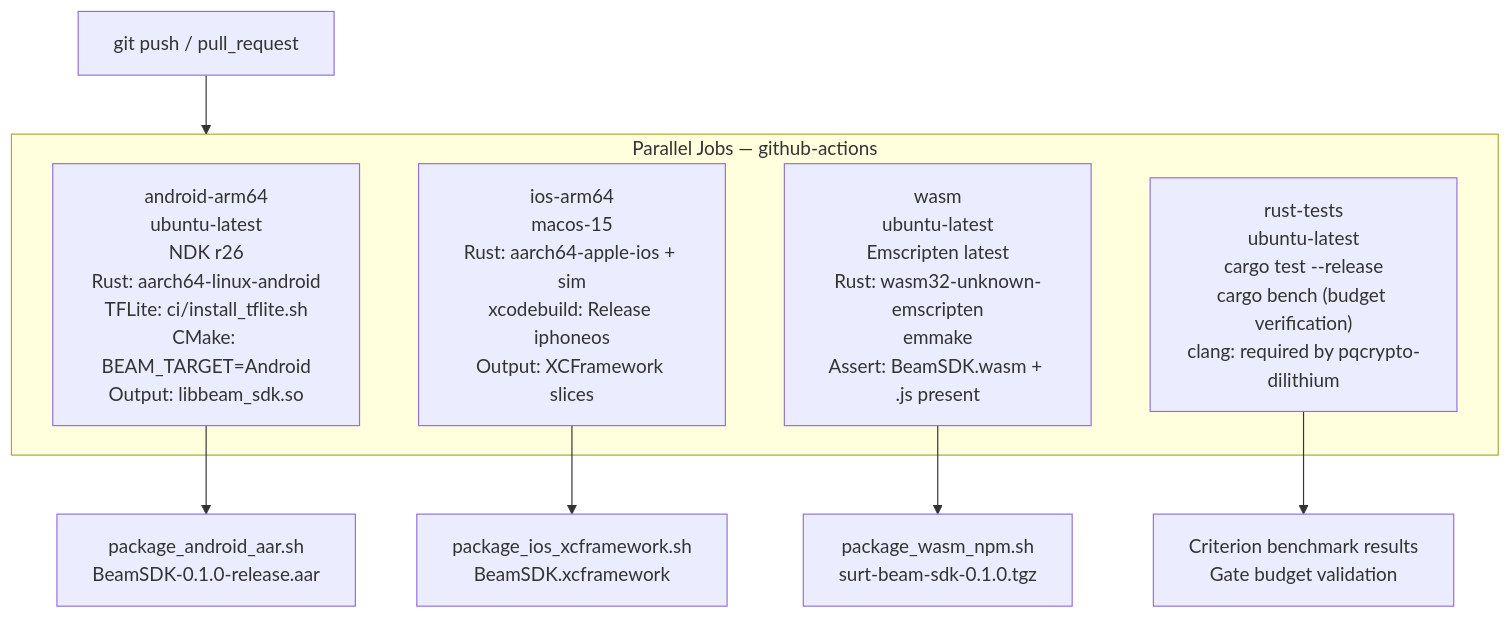
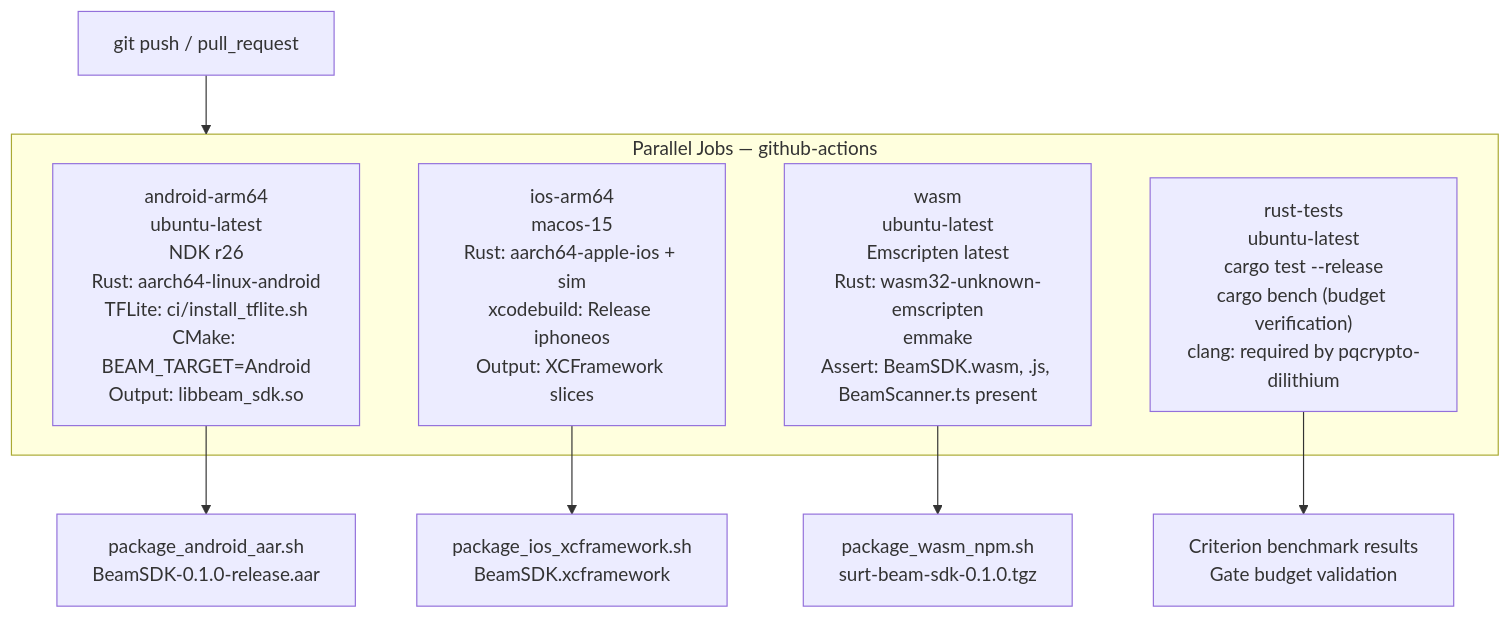
One commit to NeoOne601/beam-sdk changed diagram 11 of 11 in README.md. Above: the diagram before and after it, drawn with Mermaid. The commit also changed other lines of this file and 19 other files, not shown here.

````diff
--- a/README.md
+++ b/README.md
@@ -558,16 +559,16 @@
 ```mermaid
 flowchart TD
     PUSH["git push / pull_request"] --> MATRIX
 
     subgraph MATRIX["Parallel Jobs — github-actions"]
         AND["android-arm64\nubuntu-latest\nNDK r26\nRust: aarch64-linux-android\nTFLite: ci/install_tflite.sh\nCMake: BEAM_TARGET=Android\nOutput: libbeam_sdk.so"]
         IOS["ios-arm64\nmacos-15\nRust: aarch64-apple-ios + sim\nxcodebuild: Release iphoneos\nOutput: XCFramework slices"]
-        WEB["wasm\nubuntu-latest\nEmscripten latest\nRust: wasm32-unknown-emscripten\nemmake\nAssert: BeamSDK.wasm + .js present"]
+        WEB["wasm\nubuntu-latest\nEmscripten latest\nRust: wasm32-unknown-emscripten\nemmake\nAssert: BeamSDK.wasm, .js, BeamScanner.ts present"]
         TST["rust-tests\nubuntu-latest\ncargo test --release\ncargo bench (budget verification)\nclang: required by pqcrypto-dilithium"]
     end
 
     AND --> PKG_AND["package_android_aar.sh\nBeamSDK-0.1.0-release.aar"]
     IOS --> PKG_IOS["package_ios_xcframework.sh\nBeamSDK.xcframework"]
     WEB --> PKG_WEB["package_wasm_npm.sh\nsurt-beam-sdk-0.1.0.tgz"]
     TST --> BENCH["Criterion benchmark results\nGate budget validation"]
 ```
````
